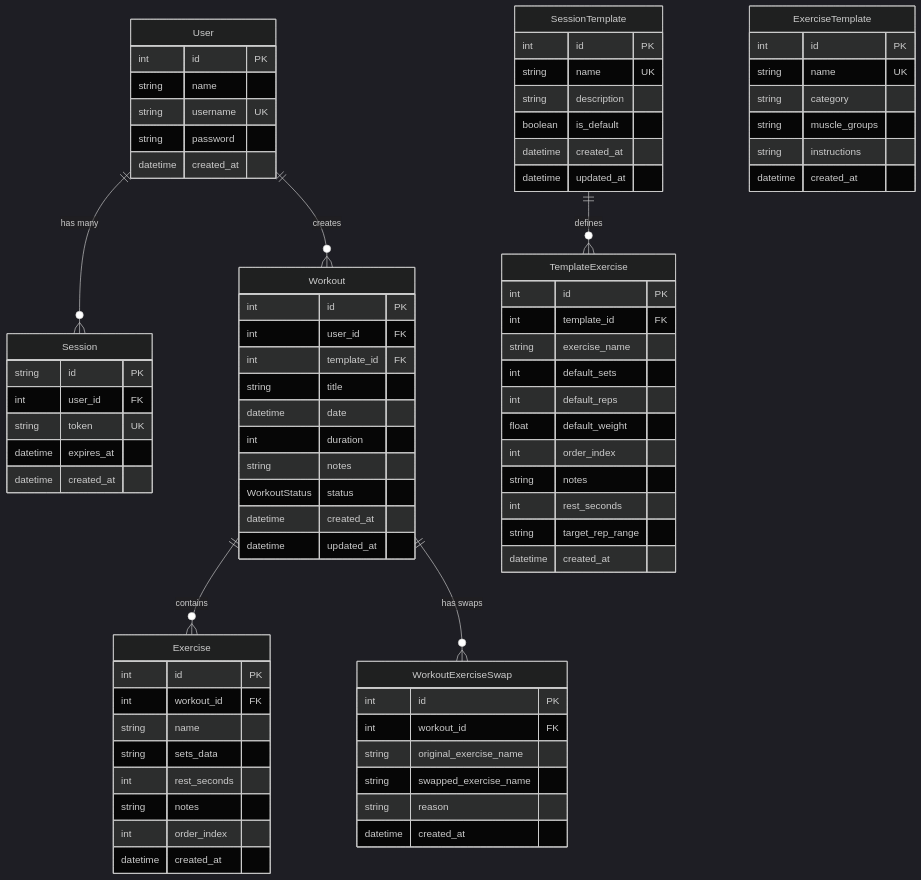
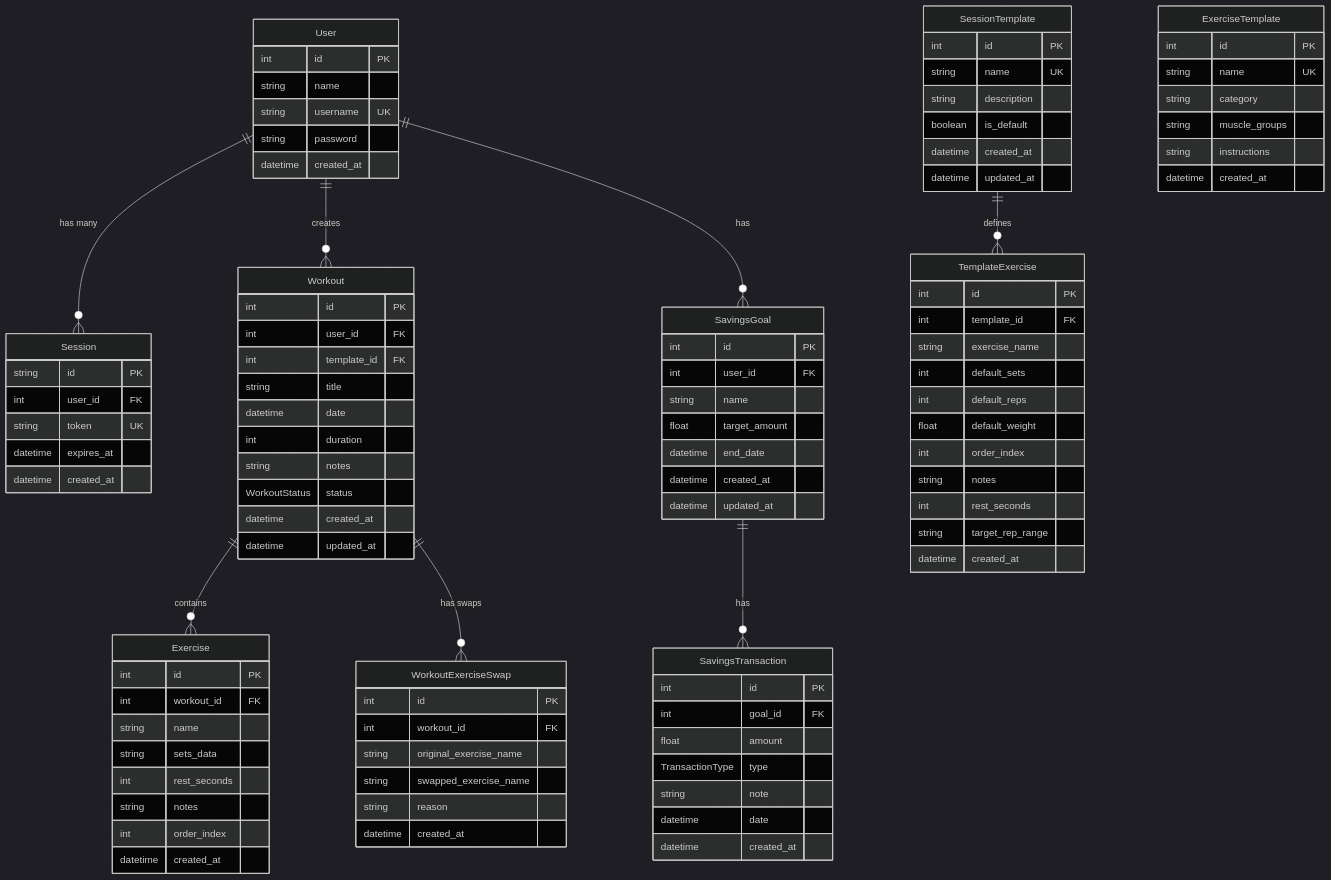
The diagram in docs/DATABASE.md (cmurphy88/gym-pad), drawn with Mermaid (dark theme) before and after one commit. The commit also changed other lines of this file and 14 other files, not shown here.

````diff
--- a/docs/DATABASE.md
+++ b/docs/DATABASE.md
@@ -12,11 +12,14 @@
 erDiagram
     User ||--o{ Session : "has many"
     User ||--o{ Workout : "creates"
+    User ||--o{ SavingsGoal : "has"
 
     Workout ||--o{ Exercise : "contains"
     Workout ||--o{ WorkoutExerciseSwap : "has swaps"
 
     SessionTemplate ||--o{ TemplateExercise : "defines"
+
+    SavingsGoal ||--o{ SavingsTransaction : "has"
 
     User {
         int id PK
@@ -98,4 +101,24 @@
         string reason
         datetime created_at
     }
+
+    SavingsGoal {
+        int id PK
+        int user_id FK
+        string name
+        float target_amount
+        datetime end_date
+        datetime created_at
+        datetime updated_at
+    }
+
+    SavingsTransaction {
+        int id PK
+        int goal_id FK
+        float amount
+        TransactionType type
+        string note
+        datetime date
+        datetime created_at
+    }
 ```
````
